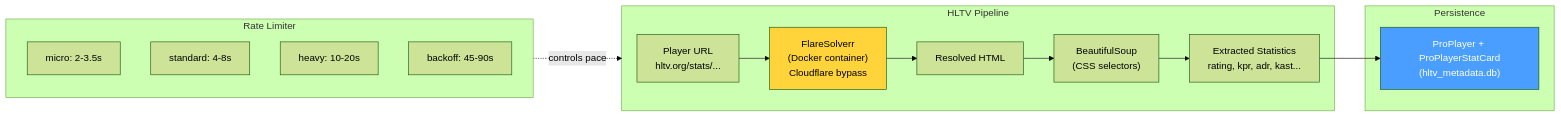
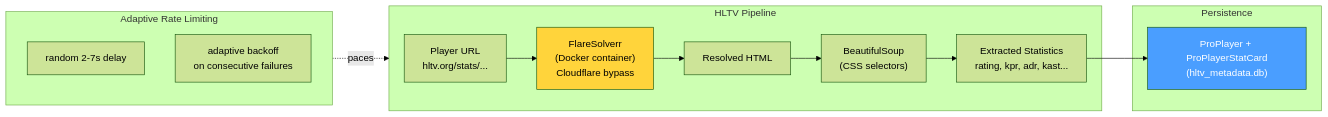
Diagram 13 of 16 in docs/books/Book-Coach-1B-en.md (renanaugustomacena-ux/Counter-Strike-coach-AI), drawn with Mermaid (forest theme) before and after one commit. The commit also changed other lines of this file and 36 other files, not shown here.

````diff
--- a/docs/books/Book-Coach-1B-en.md
+++ b/docs/books/Book-Coach-1B-en.md
@@ -768,23 +769,21 @@
 ```mermaid
 flowchart LR
     subgraph FETCH["HLTV Pipeline"]
         URL["Player URL<br/>hltv.org/stats/..."]
         URL --> FLARE["FlareSolverr<br/>(Docker container)<br/>Cloudflare bypass"]
         FLARE --> HTML["Resolved HTML"]
         HTML --> BS["BeautifulSoup<br/>(CSS selectors)"]
         BS --> STATS["Extracted Statistics<br/>rating, kpr, adr, kast..."]
     end
-    subgraph RATE["Rate Limiter"]
-        MICRO["micro: 2-3.5s"]
-        STD["standard: 4-8s"]
-        HEAVY["heavy: 10-20s"]
-        BACK["backoff: 45-90s"]
+    subgraph RATE["Adaptive Rate Limiting"]
+        DELAY["random 2-7s delay"]
+        BACK["adaptive backoff<br/>on consecutive failures"]
     end
     subgraph SAVE["Persistence"]
         STATS --> DB["ProPlayer + ProPlayerStatCard<br/>(hltv_metadata.db)"]
     end
-    RATE -.->|"controls pace"| FETCH
+    RATE -.->|"paces"| FETCH
 
     style FLARE fill:#ffd43b,color:#000
     style DB fill:#4a9eff,color:#fff
 ```
````
